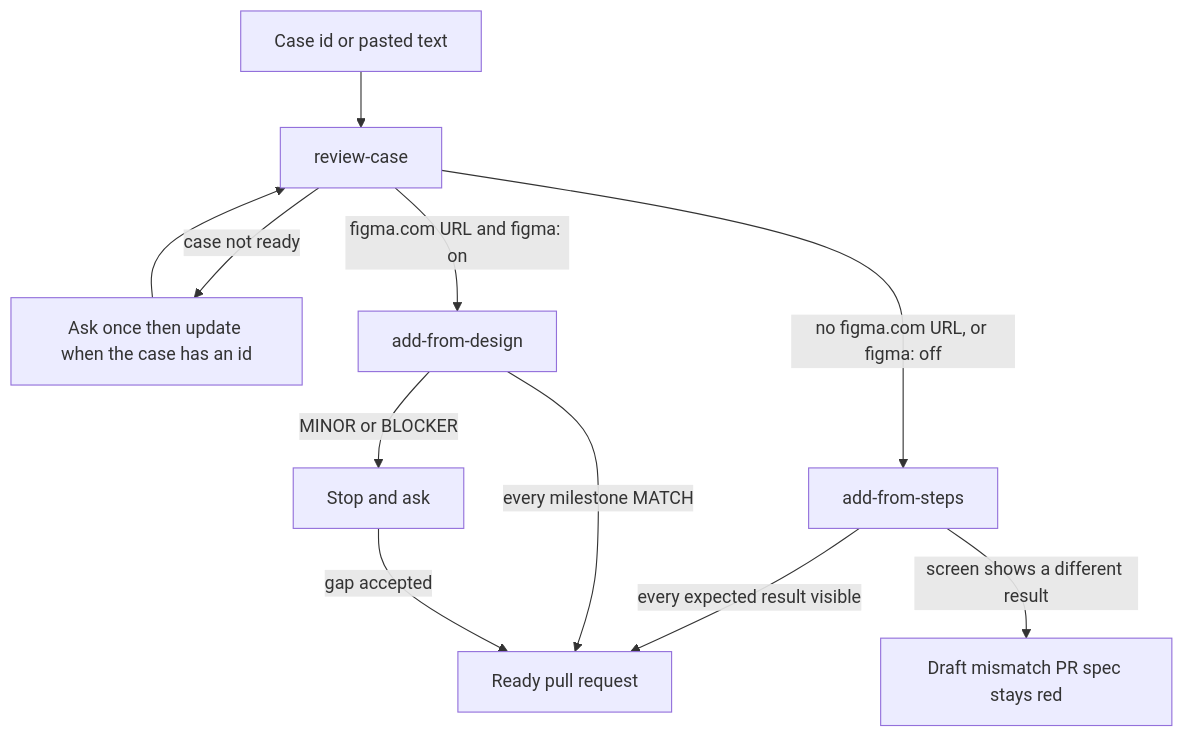
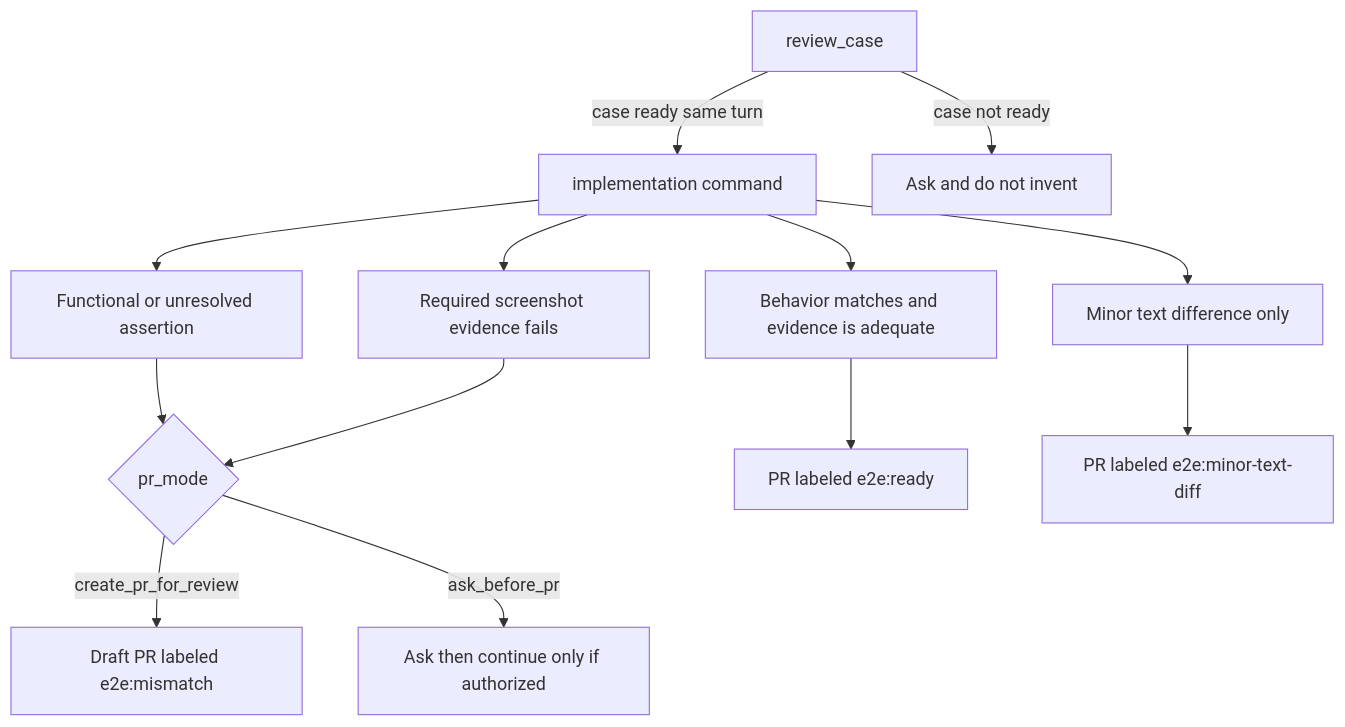
The diagram in README.md (bogdanOwner/e2e-qa-pilot), drawn with Mermaid before and after one commit. The commit also changed other lines of this file and 34 other files, not shown here.

````diff
--- a/README.md
+++ b/README.md
@@ -84,21 +19,26 @@
 ```mermaid
 flowchart TD
-  caseNode[Case id or pasted text]
-  review[review-case]
-  questions[Ask once then update when the case has an id]
-  designSkill[add-from-design]
-  stepsSkill[add-from-steps]
-  readyPr[Ready pull request]
-  stopPr[Draft mismatch PR spec stays red]
-  askHuman[Stop and ask]
-  caseNode --> review
-  review -->|case not ready| questions
-  questions --> review
-  review -->|"figma.com URL and figma: on"| designSkill
-  review -->|"no figma.com URL, or figma: off"| stepsSkill
-  stepsSkill -->|every expected result visible| readyPr
-  stepsSkill -->|screen shows a different result| stopPr
-  designSkill -->|every milestone MATCH| readyPr
-  designSkill -->|MINOR or BLOCKER| askHuman
-  askHuman -->|gap accepted| readyPr
+  reviewNode[review_case]
+  implNode[implementation command]
+  readyNode[Behavior matches and evidence is adequate]
+  minorNode[Minor text difference only]
+  assertNode[Functional or unresolved assertion]
+  shotNode[Required screenshot evidence fails]
+  modeNode{pr_mode}
+  readyPr["PR labeled e2e:ready"]
+  minorPr["PR labeled e2e:minor-text-diff"]
+  draftPr["Draft PR labeled e2e:mismatch"]
+  askNode[Ask then continue only if authorized]
+  reviewNode -->|case not ready| askClarify[Ask and do not invent]
+  reviewNode -->|case ready same turn| implNode
+  implNode --> readyNode
+  implNode --> minorNode
+  implNode --> assertNode
+  implNode --> shotNode
+  readyNode --> readyPr
+  minorNode --> minorPr
+  assertNode --> modeNode
+  shotNode --> modeNode
+  modeNode -->|create_pr_for_review| draftPr
+  modeNode -->|ask_before_pr| askNode
 ```
````
